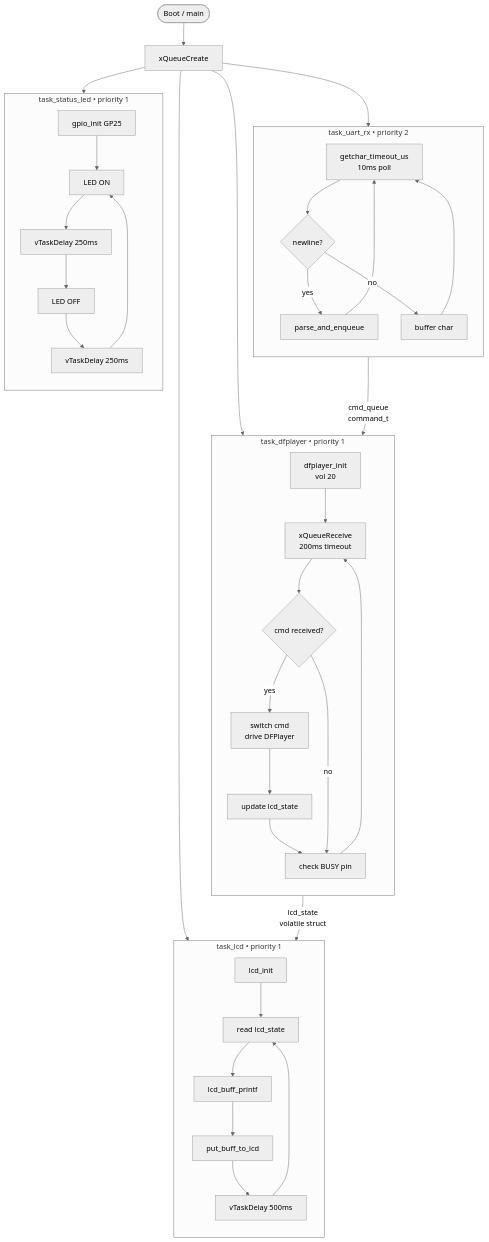
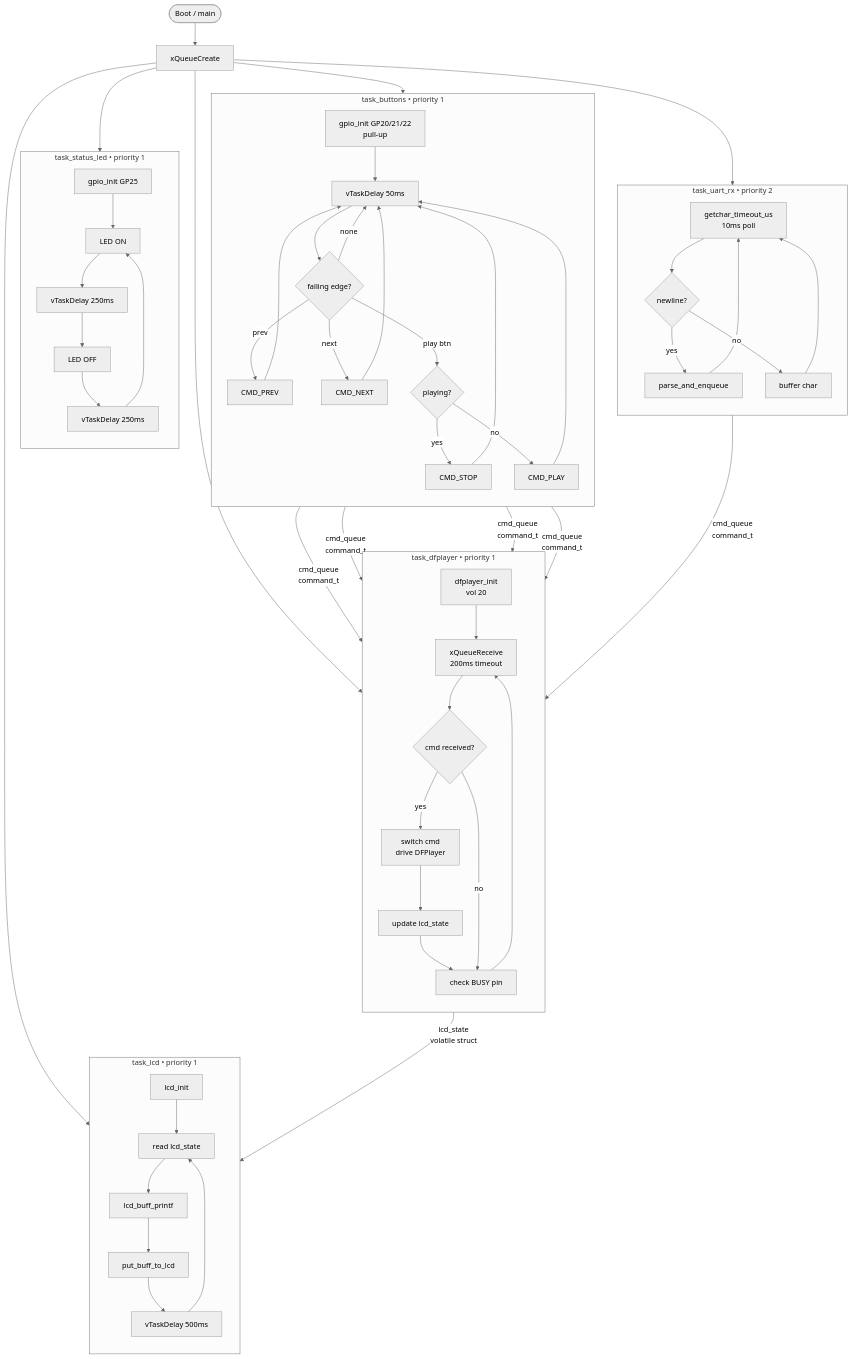
Before and after one commit to fildsady/PicoPDU: the diagram in README.md, drawn with Mermaid (neutral theme). The commit also changed other lines of this file and 1 other file, not shown here.

Commit message:
feat: add physical button control (GP20/21/22)
GP20=prev, GP21=next, GP22=toggle play/stop
task_buttons polls every 50ms with falling-edge debounce,
sends commands through existing cmd_queue

````diff
--- a/README.md
+++ b/README.md
@@ -99,46 +105,60 @@
 ```mermaid
 flowchart TD
     BOOT([Boot / main]) --> Q[xQueueCreate]
-    Q --> T1 & T2 & T3 & T4
+    Q --> T1 & T2 & T3 & T4 & T5
 
     subgraph T1["task_uart_rx  •  priority 2"]
         direction TB
         A1[getchar_timeout_us\n10ms poll] --> A2{newline?}
         A2 -- yes --> A3[parse_and_enqueue]
         A2 -- no --> A4[buffer char]
         A4 --> A1
         A3 --> A1
     end
 
     subgraph T2["task_dfplayer  •  priority 1"]
         direction TB
         B0[dfplayer_init\nvol 20] --> B1[xQueueReceive\n200ms timeout]
         B1 --> B2{cmd received?}
         B2 -- yes --> B3[switch cmd\ndrive DFPlayer]
         B3 --> B4[update lcd_state]
         B4 --> B5[check BUSY pin]
         B2 -- no --> B5
         B5 --> B1
     end
 
     subgraph T3["task_lcd  •  priority 1"]
         direction TB
         C0[lcd_init] --> C1[read lcd_state]
         C1 --> C2[lcd_buff_printf]
         C2 --> C3[put_buff_to_lcd]
         C3 --> C4[vTaskDelay 500ms]
         C4 --> C1
     end
 
     subgraph T4["task_status_led  •  priority 1"]
         direction TB
         D0[gpio_init GP25] --> D1[LED ON]
         D1 --> D2[vTaskDelay 250ms]
         D2 --> D3[LED OFF]
         D3 --> D4[vTaskDelay 250ms]
         D4 --> D1
     end
 
+    subgraph T5["task_buttons  •  priority 1"]
+        direction TB
+        E0[gpio_init GP20/21/22\npull-up] --> E1[vTaskDelay 50ms]
+        E1 --> E2{falling edge?}
+        E2 -- prev --> E3[CMD_PREV]
+        E2 -- next --> E4[CMD_NEXT]
+        E2 -- play btn --> E5{playing?}
+        E5 -- yes --> E6[CMD_STOP]
+        E5 -- no --> E7[CMD_PLAY]
+        E3 & E4 & E6 & E7 --> E1
+        E2 -- none --> E1
+    end
+
     A3 -- "cmd_queue\ncommand_t" --> B1
+    E3 & E4 & E6 & E7 -- "cmd_queue\ncommand_t" --> B1
     B4 -- "lcd_state\nvolatile struct" --> C1
 ```
````
